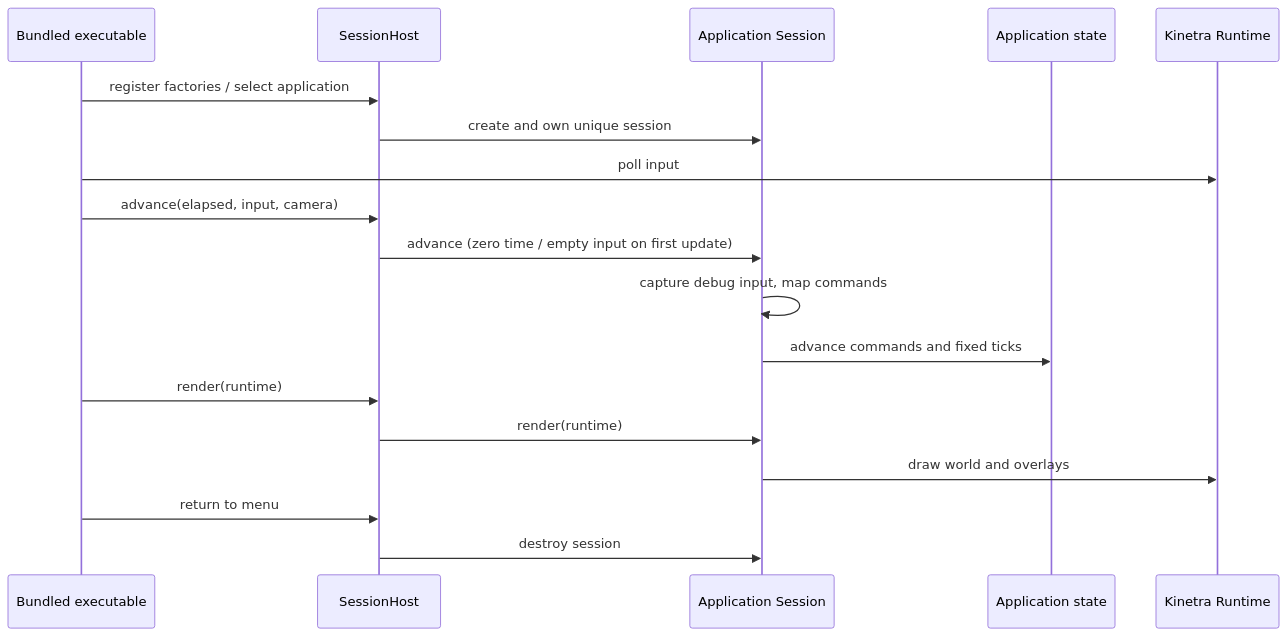
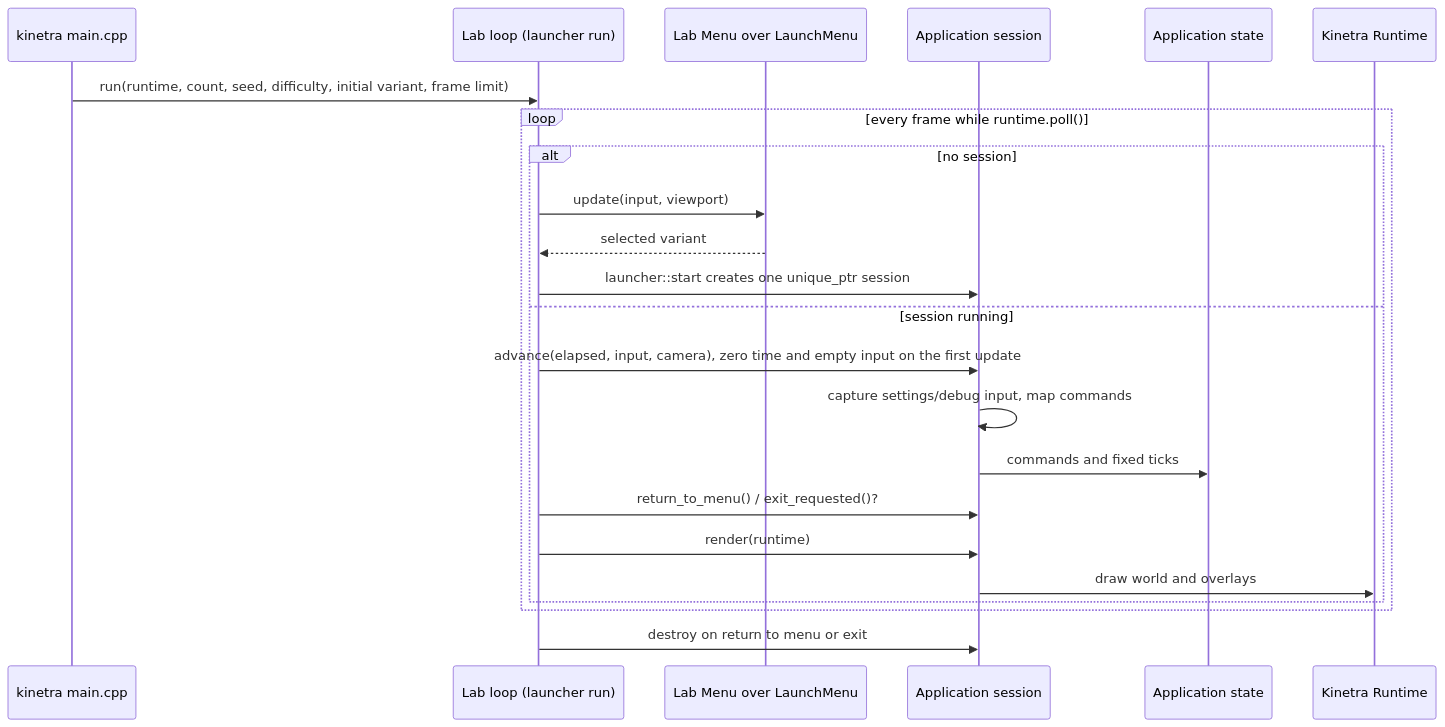
The second of 2 diagrams in docs/architecture.md (SMB-M87/Kinetra-Lab), drawn with Mermaid before and after one commit. The commit also changed other lines of this file and 2 other files, not shown here.

Commit message:
docs(launcher): describe the Lab loop that actually owns sessions
The docs claimed kinetra::SessionHost owns launcher sessions; launcher::run
owns a unique_ptr<lab::Session> in its own loop. Moving to SessionHost is
planned in the quality roadmap.

````diff
--- a/docs/architecture.md
+++ b/docs/architecture.md
@@ -43,20 +43,25 @@
 ```mermaid
 sequenceDiagram
-    participant Main as Bundled executable
-    participant Host as SessionHost
-    participant Session as Application Session
+    participant Main as kinetra main.cpp
+    participant Host as Lab loop (launcher run)
+    participant Menu as Lab Menu over LaunchMenu
+    participant Session as Application session
     participant App as Application state
     participant Runtime as Kinetra Runtime
-    Main->>Host: register factories / select application
-    Host->>Session: create and own unique session
-    Main->>Runtime: poll input
-    Main->>Host: advance(elapsed, input, camera)
-    Host->>Session: advance (zero time / empty input on first update)
-    Session->>Session: capture debug input, map commands
-    Session->>App: advance commands and fixed ticks
-    Main->>Host: render(runtime)
-    Host->>Session: render(runtime)
-    Session->>Runtime: draw world and overlays
-    Main->>Host: return to menu
-    Host->>Session: destroy session
+    Main->>Host: run(runtime, count, seed, difficulty, initial variant, frame limit)
+    loop every frame while runtime.poll()
+        alt no session
+            Host->>Menu: update(input, viewport)
+            Menu-->>Host: selected variant
+            Host->>Session: launcher::start creates one unique_ptr session
+        else session running
+            Host->>Session: advance(elapsed, input, camera), zero time and empty input on the first update
+            Session->>Session: capture settings/debug input, map commands
+            Session->>App: commands and fixed ticks
+            Host->>Session: return_to_menu() / exit_requested()?
+            Host->>Session: render(runtime)
+            Session->>Runtime: draw world and overlays
+        end
+    end
+    Host->>Session: destroy on return to menu or exit
 ```
````
